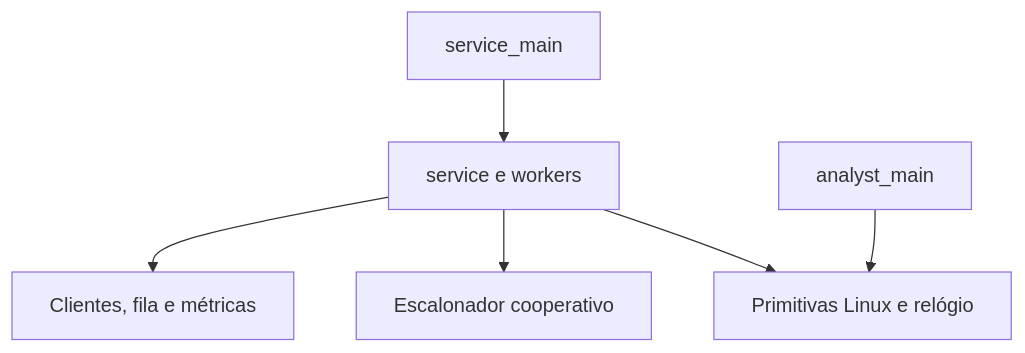
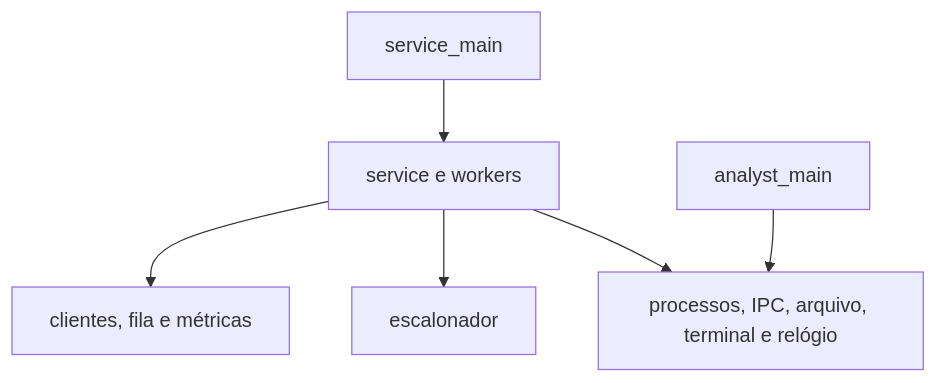
The diagram in docs/architecture.md (Gabriel-Tex/yuri-os), drawn with Mermaid before and after one commit. The commit also changed other lines of this file and 4 other files, not shown here.

````diff
--- a/docs/architecture.md
+++ b/docs/architecture.md
@@ -181,8 +137,8 @@
 ```mermaid
 flowchart TD
     Main[service_main] --> App[service e workers]
-    App --> Domain[Clientes, fila e métricas]
-    App --> Runtime[Escalonador cooperativo]
-    App --> Platform[Primitivas Linux e relógio]
+    App --> Domain[clientes, fila e métricas]
+    App --> Runtime[escalonador]
+    App --> Platform[processos, IPC, arquivo, terminal e relógio]
     Analyst[analyst_main] --> Platform
 ```
````
